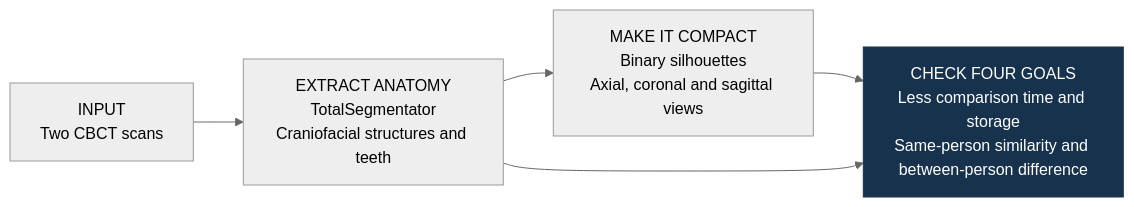
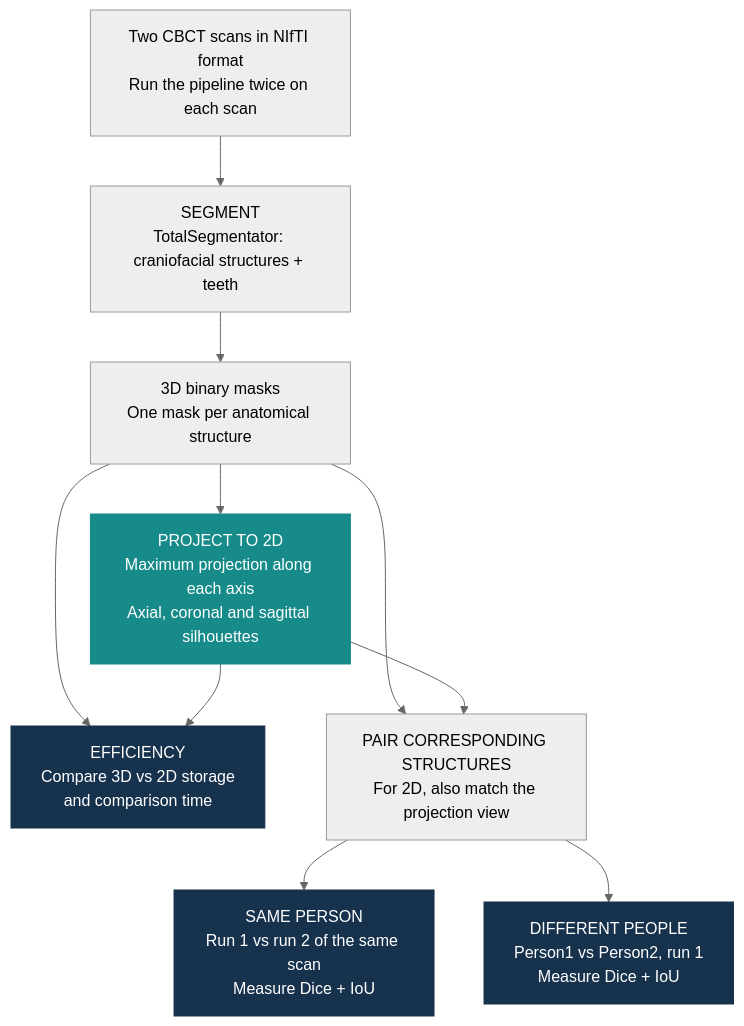
One commit to trungnb/3D-Craniofacial-Pipeline changed the diagram in README.md. Above: the diagram before and after it, drawn with Mermaid (neutral theme). The commit also changed other lines of this file and 2 other files, not shown here.

Commit message:
Add IoU and clarify the prototype workflow

````diff
--- a/README.md
+++ b/README.md
@@ -22,9 +22,16 @@
 ```mermaid
-flowchart LR
-    A["INPUT<br/>Two CBCT scans"] --> B["EXTRACT ANATOMY<br/>TotalSegmentator<br/>Craniofacial structures and teeth"]
-    B --> C["MAKE IT COMPACT<br/>Binary silhouettes<br/>Axial, coronal and sagittal views"]
-    C --> D["CHECK FOUR GOALS<br/>Less comparison time and storage<br/>Same-person similarity and between-person difference"]
-    B --> D
+flowchart TD
+    A["Two CBCT scans in NIfTI format<br/>Run the pipeline twice on each scan"] --> B["SEGMENT<br/>TotalSegmentator: craniofacial structures + teeth"]
+    B --> C["3D binary masks<br/>One mask per anatomical structure"]
+    C --> D["PROJECT TO 2D<br/>Maximum projection along each axis<br/>Axial, coronal and sagittal silhouettes"]
+    C --> E["EFFICIENCY<br/>Compare 3D vs 2D storage<br/>and comparison time"]
+    D --> E
+    C --> F["PAIR CORRESPONDING STRUCTURES<br/>For 2D, also match the projection view"]
+    D --> F
+    F --> G["SAME PERSON<br/>Run 1 vs run 2 of the same scan<br/>Measure Dice + IoU"]
+    F --> H["DIFFERENT PEOPLE<br/>Person1 vs Person2, run 1<br/>Measure Dice + IoU"]
+    classDef compact fill:#168B8A,stroke:#168B8A,color:#FFFFFF
     classDef result fill:#17324D,stroke:#17324D,color:#FFFFFF
-    class D result
+    class D compact
+    class E,G,H result
 ```
````
